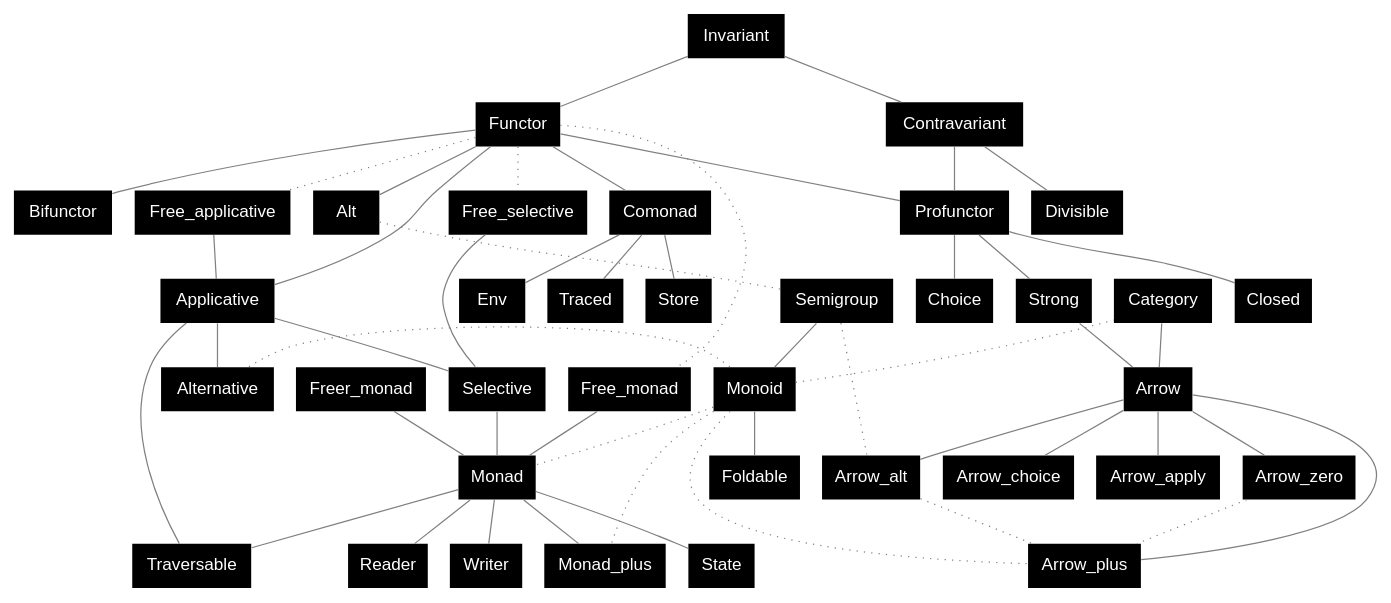
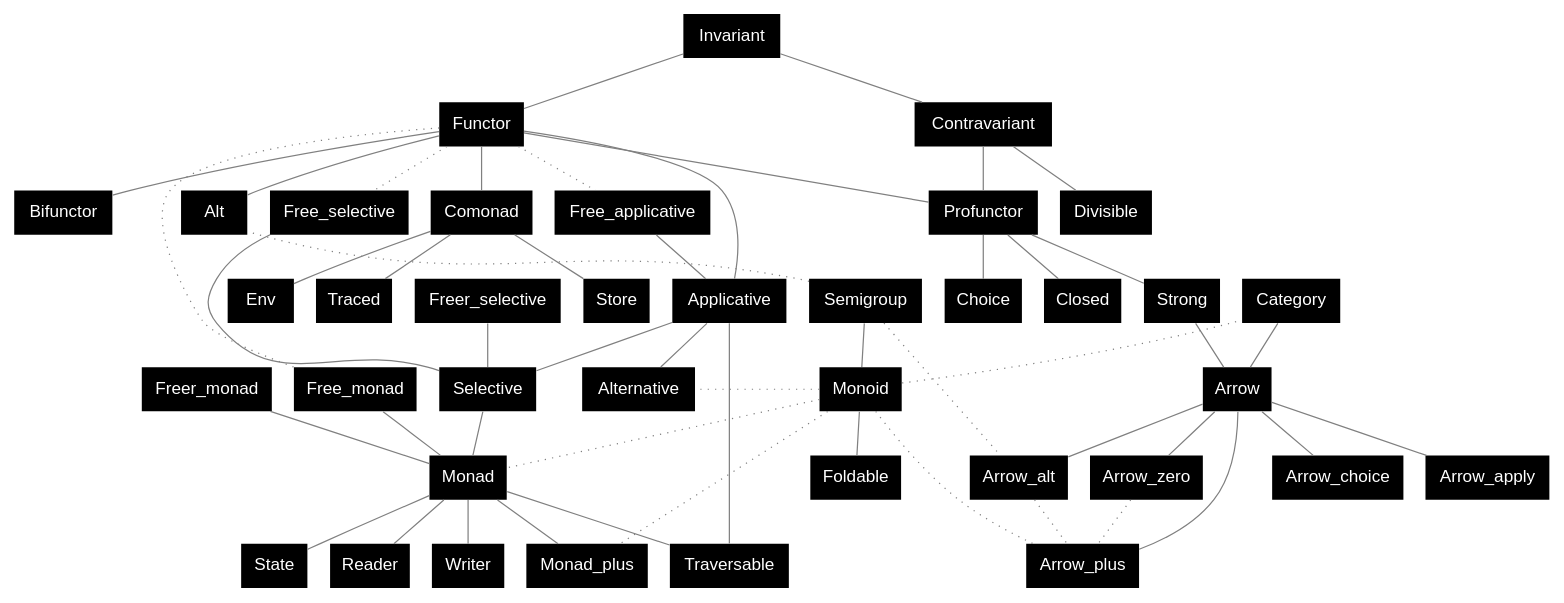
One commit to xvw/preface changed the diagram in .github/dot/specs.dot. Above: the diagram before and after it, drawn with Graphviz. The commit also changed 3 other files, not shown here.

Commit message:
Generate spec diagram and update changes

```diff
--- a/.github/dot/specs.dot
+++ b/.github/dot/specs.dot
@@ -1,66 +1,67 @@
 graph {
         node [shape=plaintext; fontname = "Helvetica"; style=filled; fillcolor=black; fontcolor=white];
         edge [color = gray];
 
         Invariant;
         Invariant -- Functor;
         Invariant -- Contravariant;
         Contravariant;
         Divisible;
         Functor -- Applicative -- Selective --  Monad;
         Applicative -- Alternative;
         Monad -- Monad_plus;
         Functor -- Alt;
         Functor -- Comonad;
         
         Semigroup -- Monoid;
         Monoid -- Alternative [style=dotted; arrowhead=none; constraint=false];
         Monoid -- Monad_plus [style=dotted; arrowhead=none; constraint=false];
         Semigroup -- Alt [style=dotted; arrowhead=none; constraint=false];
         Monoid -- Monad [style=dotted; arrowhead=none];
         Monoid -- Foldable;
 
         Functor -- Free_selective [style=dotted; arrowhead=none];
         Functor -- Free_applicative [style=dotted; arrowhead=none];
         Functor -- Free_monad [style=dotted; arrowhead=none];
         
         Free_selective -- Selective;
+        Freer_selective -- Selective;
         Free_applicative -- Applicative;
         Free_monad -- Monad;
         Freer_monad -- Monad;
 
         Profunctor;
         Bifunctor;
 
         Contravariant -- Divisible;
         Contravariant -- Profunctor;
         Functor -- Profunctor;
         Functor -- Bifunctor;
 
         Monad --State;
         Monad -- Reader;
         Monad -- Writer;
 
         Comonad -- Store;
         Comonad -- Env;
         Comonad -- Traced;
 
         Applicative -- Traversable;
         Monad -- Traversable;
 
         Monoid -- Category [style=dotted; arrowhead=none; constraint=false];
         Category -- Arrow;
         Profunctor -- Strong;
         Profunctor -- Choice;
         Profunctor -- Closed;
         Strong -- Arrow;
         Arrow -- Arrow_zero;
         Arrow -- Arrow_alt;
         Arrow -- Arrow_plus;
         Arrow -- Arrow_choice;
         Arrow -- Arrow_apply;
         Arrow_zero -- Arrow_plus [style=dotted; arrowhead=none];
         Arrow_alt -- Arrow_plus [style=dotted; arrowhead=none];
         Monoid -- Arrow_plus [style=dotted; arrowhead=none];
         Semigroup -- Arrow_alt [style=dotted; arrowhead=none];
 }
```
